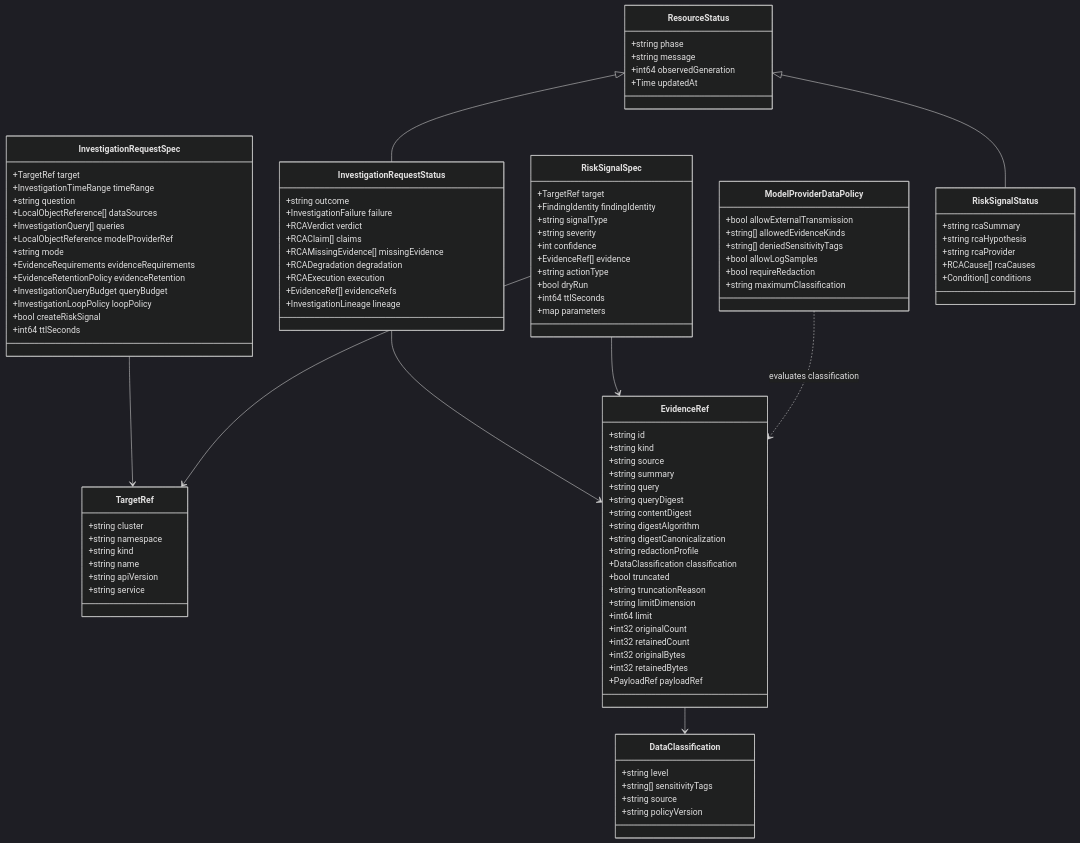
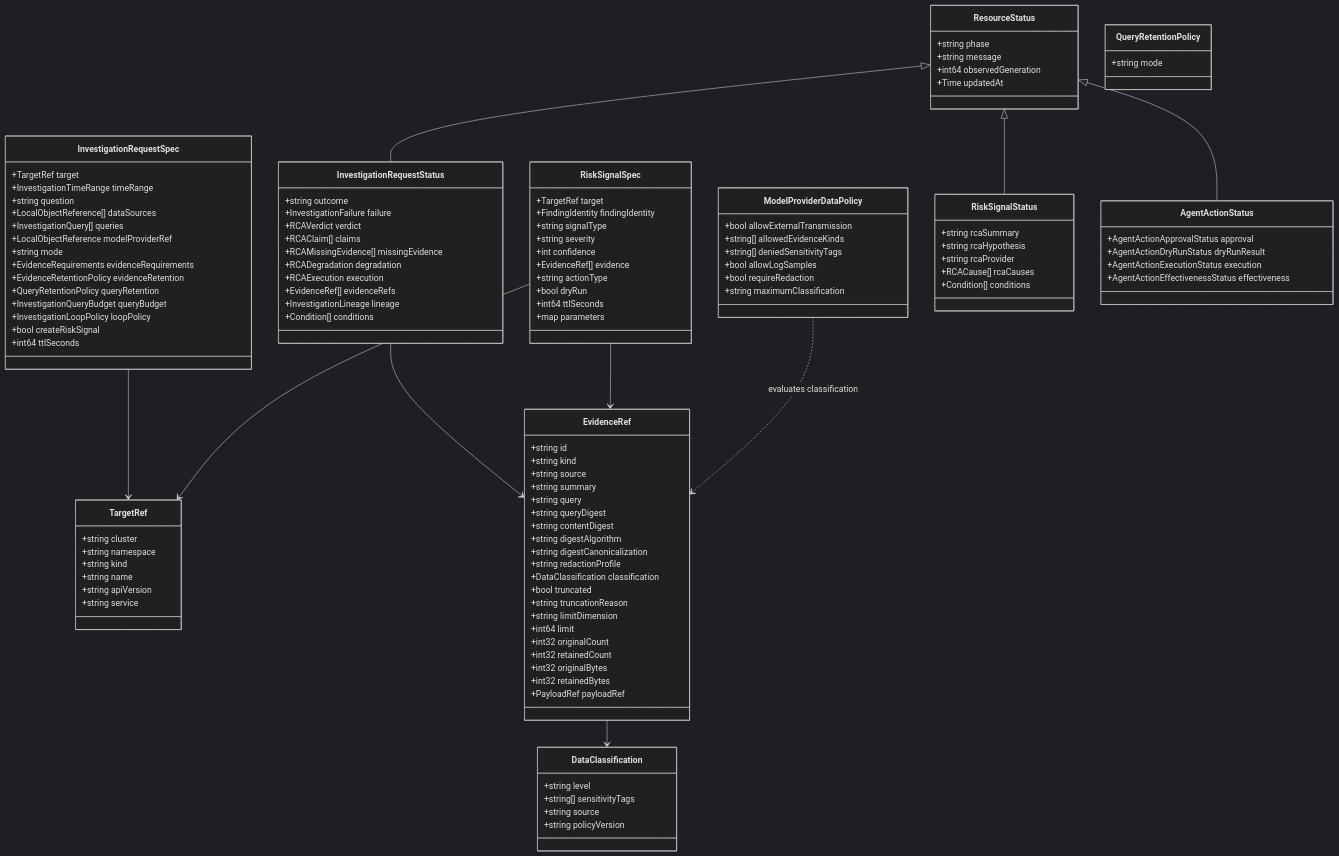
One commit to FluxSeer/fluxseer-rca changed the fourth of 18 diagrams in docs/architecture/mermaid-diagrams.md. Above: the diagram before and after it, drawn with Mermaid (dark theme). The commit also changed other lines of this file and 3 other files, not shown here.

Commit message:
docs: document architecture hardening contracts

```diff
--- a/docs/architecture/mermaid-diagrams.md
+++ b/docs/architecture/mermaid-diagrams.md
@@ -311,6 +317,10 @@
         +string maximumClassification
     }
 
+    class QueryRetentionPolicy {
+        +string mode
+    }
+
     class InvestigationRequestSpec {
         +TargetRef target
         +InvestigationTimeRange timeRange
@@ -321,6 +331,7 @@
         +string mode
         +EvidenceRequirements evidenceRequirements
         +EvidenceRetentionPolicy evidenceRetention
+        +QueryRetentionPolicy queryRetention
         +InvestigationQueryBudget queryBudget
         +InvestigationLoopPolicy loopPolicy
         +bool createRiskSignal
@@ -337,6 +348,7 @@
         +RCAExecution execution
         +EvidenceRef[] evidenceRefs
         +InvestigationLineage lineage
+        +Condition[] conditions
     }
 
     class RiskSignalSpec {
@@ -360,8 +372,16 @@
         +Condition[] conditions
     }
 
+    class AgentActionStatus {
+        +AgentActionApprovalStatus approval
+        +AgentActionDryRunStatus dryRunResult
+        +AgentActionExecutionStatus execution
+        +AgentActionEffectivenessStatus effectiveness
+    }
+
     ResourceStatus <|-- InvestigationRequestStatus
     ResourceStatus <|-- RiskSignalStatus
+    ResourceStatus <|-- AgentActionStatus
     EvidenceRef --> DataClassification
     InvestigationRequestSpec --> TargetRef
     InvestigationRequestStatus --> EvidenceRef
```
